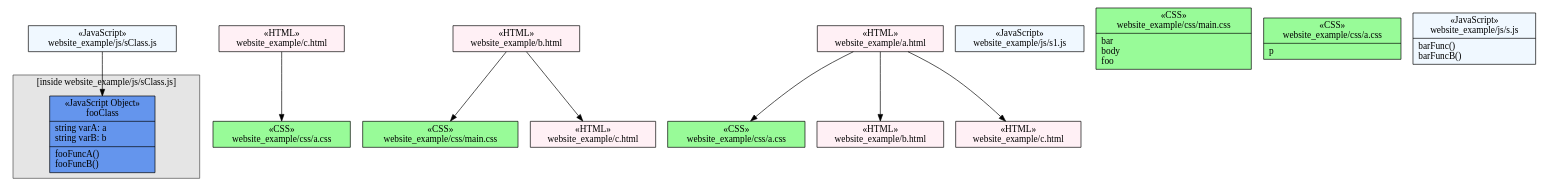
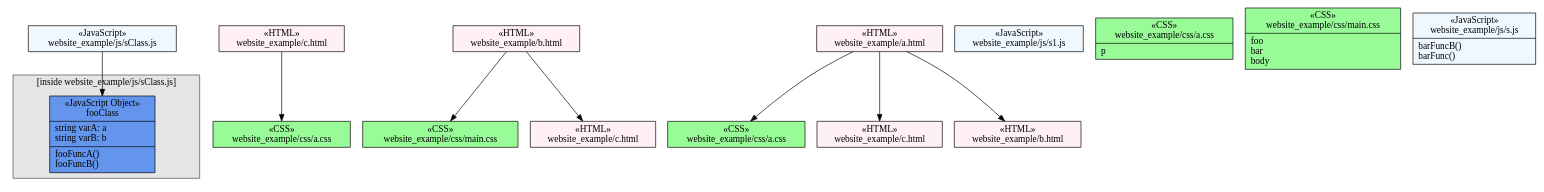
One commit to bakunin95/wavi changed the diagram in example/result/example.dot. Above: the diagram before and after it, drawn with Graphviz. The commit also changed 7 other files, not shown here.

```diff
--- a/example/result/example.dot
+++ b/example/result/example.dot
@@ -1,34 +1,34 @@
 digraph G {
 	graph [splines=true, overlap=prism];
 	node [label="\N"];
-	graph [bb="0,0,763,524"];
-	subgraph cluster_6 {
+	graph [bb="0,0,644,524"];
+	subgraph cluster_5 {
 		graph [style=filled,
 			color=gray28,
 			fillcolor=gray90,
 			label="[inside website_example/js/sClass.js]",
 			bb="361.3,322.7,584.3,476.7"];
 		n20 [label="{&laquo;JavaScript Object»\nfooClass|string varA: a\lstring varB: b\l|fooFuncA()\lfooFuncB()\l}", shape=record, style=filled, fillcolor=CornflowerBlue, pos="472.97,388.36", rects="407.47,407.36,538.47,445.36 407.47,369.36,538.47,407.36 407.47,331.36,538.47,369.36", width="1.8125", height="1.5972"];
 	}
-	n14 [label="{&laquo;CSS»\nwebsite_example/css/a.css}", shape=record, style=filled, fillcolor=palegreen, pos="444.54,19.318", rects="361.04,0.31754,528.04,38.318", width="2.3125", height="0.54167"];
-	n15 [label="{&laquo;CSS»\nwebsite_example/css/main.css}", shape=record, style=filled, fillcolor=palegreen, pos="436,156.64", rects="342.5,137.64,529.5,175.64", width="2.5903", height="0.54167"];
-	n8 [label="{&laquo;CSS»\nwebsite_example/css/a.css}", shape=record, style=filled, fillcolor=palegreen, pos="140.9,132.54", rects="57.403,113.54,224.4,151.54", width="2.3125", height="0.54167"];
-	n5 [label="{&laquo;HTML»\nwebsite_example/b.html}", shape=record, style=filled, fillcolor=lavenderblush, pos="554.07,203.64", rects="478.57,184.64,629.57,222.64", width="2.0903", height="0.54167"];
+	n8 [label="{&laquo;CSS»\nwebsite_example/css/a.css}", shape=record, style=filled, fillcolor=palegreen, pos="425.54,171.32", rects="342.04,152.32,509.04,190.32", width="2.3125", height="0.54167"];
+	n15 [label="{&laquo;CSS»\nwebsite_example/css/main.css}", shape=record, style=filled, fillcolor=palegreen, pos="169.76,361.52", rects="76.257,342.52,263.26,380.52", width="2.5903", height="0.54167"];
+	n11 [label="{&laquo;CSS»\nwebsite_example/css/a.css}", shape=record, style=filled, fillcolor=palegreen, pos="140.9,132.54", rects="57.403,113.54,224.4,151.54", width="2.3125", height="0.54167"];
+	n10 [label="{&laquo;HTML»\nwebsite_example/c.html}", shape=record, style=filled, fillcolor=lavenderblush, pos="260.11,504.34", rects="185.11,485.34,335.11,523.34", width="2.0833", height="0.54167"];
+	n1 [label="{&laquo;HTML»\nwebsite_example/c.html}", shape=record, style=filled, fillcolor=lavenderblush, pos="462.36,218.32", rects="387.36,199.32,537.36,237.32", width="2.0833", height="0.54167"];
 	n0 [label="{&laquo;HTML»\nwebsite_example/a.html}", shape=record, style=filled, fillcolor=lavenderblush, pos="231.23,179.54", rects="156.73,160.54,305.73,198.54", width="2.0625", height="0.54167"];
-	n17 [label="{&laquo;HTML»\nwebsite_example/c.html}", shape=record, style=filled, fillcolor=lavenderblush, pos="688.13,152.92", rects="613.13,133.92,763.13,171.92", width="2.0833", height="0.54167"];
-	n9 [label="{&laquo;HTML»\nwebsite_example/b.html}", shape=record, style=filled, fillcolor=lavenderblush, pos="316.96,95.623", rects="241.46,76.623,392.46,114.62", width="2.0903", height="0.54167"];
-	n3 [label="{&laquo;HTML»\nwebsite_example/c.html}", shape=record, style=filled, fillcolor=lavenderblush, pos="481.36,66.318", rects="406.36,47.318,556.36,85.318", width="2.0833", height="0.54167"];
-	n10 [label="{&laquo;HTML»\nwebsite_example/c.html}", shape=record, style=filled, fillcolor=lavenderblush, pos="304.91,277.74", rects="229.91,258.74,379.91,296.74", width="2.0833", height="0.54167"];
-	n4 [label="{&laquo;JavaScript»\nwebsite_example/js/s1.js}", shape=record, style=filled, fillcolor=aliceblue, pos="495.14,266.3", rects="418.14,247.3,572.14,285.3", width="2.1389", height="0.54167"];
-	n6 [label="{&laquo;JavaScript»\nwebsite_example/js/sClass.js}", shape=record, style=filled, fillcolor=aliceblue, pos="554.66,504.2", rects="465.66,485.2,643.66,523.2", width="2.4722", height="0.54167"];
-	n1 [label="{&laquo;CSS»\nwebsite_example/css/main.css|bar\lbody\lfoo\l}", shape=record, style=filled, fillcolor=palegreen, pos="226.14,369.3", rects="132.64,376.8,319.64,414.8 132.64,323.8,319.64,376.8", width="2.5972", height="1.2778"];
+	n16 [label="{&laquo;HTML»\nwebsite_example/c.html}", shape=record, style=filled, fillcolor=lavenderblush, pos="316.96,95.623", rects="241.96,76.623,391.96,114.62", width="2.0833", height="0.54167"];
+	n2 [label="{&laquo;HTML»\nwebsite_example/b.html}", shape=record, style=filled, fillcolor=lavenderblush, pos="253.52,408.52", rects="178.02,389.52,329.02,427.52", width="2.0903", height="0.54167"];
+	n13 [label="{&laquo;HTML»\nwebsite_example/b.html}", shape=record, style=filled, fillcolor=lavenderblush, pos="304.91,277.74", rects="229.41,258.74,380.41,296.74", width="2.0903", height="0.54167"];
+	n5 [label="{&laquo;JavaScript»\nwebsite_example/js/sClass.js}", shape=record, style=filled, fillcolor=aliceblue, pos="554.66,504.2", rects="465.66,485.2,643.66,523.2", width="2.4722", height="0.54167"];
+	n4 [label="{&laquo;JavaScript»\nwebsite_example/js/s1.js}", shape=record, style=filled, fillcolor=aliceblue, pos="77.145,437.3", rects="0.14487,418.3,154.14,456.3", width="2.1389", height="0.54167"];
 	n7 [label="{&laquo;CSS»\nwebsite_example/css/a.css|p\l}", shape=record, style=filled, fillcolor=palegreen, pos="140.14,50.296", rects="56.645,42.796,223.64,80.796 56.645,19.796,223.64,42.796", width="2.3194", height="0.86111"];
-	n2 [label="{&laquo;JavaScript»\nwebsite_example/js/s.js|barFunc()\lbarFuncB()\l}", shape=record, style=filled, fillcolor=aliceblue, pos="73.145,247.3", rects="-0.35513,247.3,146.64,285.3 -0.35513,209.3,146.64,247.3", width="2.0417", height="1.0694"];
-	n3 -> n14 [pos="e,459.62,38.57 466.38,47.201 466.24,47.023 466.1,46.845 465.96,46.666"];
-	n6 -> n20 [pos="e,513.29,445.54 541.17,485.07 534.97,476.28 527.22,465.28 519.18,453.88"];
-	n5 -> n15 [pos="e,483.98,175.74 506.05,184.53 501.84,182.85 497.56,181.15 493.28,179.45"];
-	n0 -> n8 [pos="e,177.61,151.64 194.49,160.42 191.88,159.06 189.23,157.68 186.58,156.3"];
-	n5 -> n17 [pos="e,637.55,172.06 604.37,184.61 612.09,181.69 620.11,178.65 628.01,175.67"];
-	n0 -> n10 [pos="e,290.63,258.72 245.78,198.94 256.85,213.7 272.23,234.18 284.52,250.57"];
-	n0 -> n9 [pos="e,297.29,114.88 250.68,160.5 262.33,149.1 277.3,134.44 290.07,121.95"];
+	n6 [label="{&laquo;CSS»\nwebsite_example/css/main.css|foo\lbar\lbody\l}", shape=record, style=filled, fillcolor=palegreen, pos="511.14,46.296", rects="417.64,53.796,604.64,91.796 417.64,0.79626,604.64,53.796", width="2.5972", height="1.2778"];
+	n3 [label="{&laquo;JavaScript»\nwebsite_example/js/s.js|barFuncB()\lbarFunc()\l}", shape=record, style=filled, fillcolor=aliceblue, pos="130.14,266.3", rects="56.645,266.3,203.64,304.3 56.645,228.3,203.64,266.3", width="2.0417", height="1.0694"];
+	n0 -> n16 [pos="e,297.29,114.88 250.68,160.5 262.33,149.1 277.3,134.44 290.07,121.95"];
+	n2 -> n10 [pos="e,258.8,485.3 254.85,427.91 255.79,441.51 257.06,459.92 258.11,475.27"];
+	n0 -> n13 [pos="e,290.63,258.72 245.78,198.94 256.85,213.7 272.23,234.18 284.52,250.57"];
+	n0 -> n11 [pos="e,177.61,151.64 194.49,160.42 191.88,159.06 189.23,157.68 186.58,156.3"];
+	n5 -> n20 [pos="e,513.29,445.54 541.17,485.07 534.97,476.28 527.22,465.28 519.18,453.88"];
+	n2 -> n15 [pos="e,203.8,380.62 219.45,389.4 217.19,388.14 214.9,386.85 212.6,385.56"];
+	n1 -> n8 [pos="e,440.62,190.57 447.38,199.2 447.24,199.02 447.1,198.84 446.96,198.67"];
 }
```
